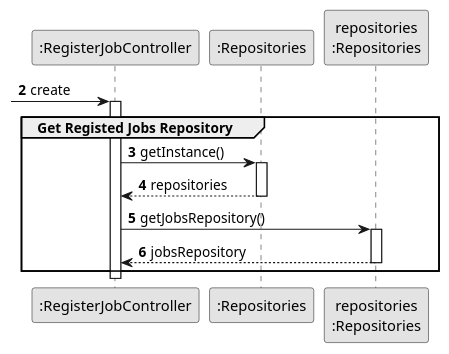
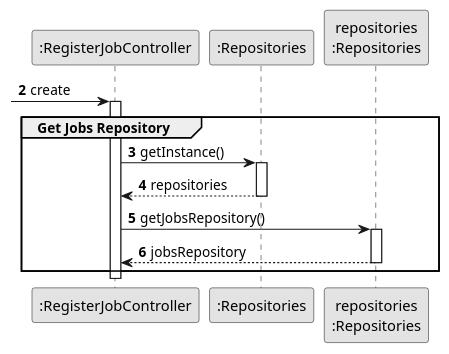
Before and after one commit to 1231360-ISEP/lei-24-s2-1db-g021: the diagram in docs/sprint2/us002/03.design/puml/us002-sequence-diagram-partial-get-jobs-repository.puml, drawn with PlantUML. The commit also changed 11 other files, not shown here.

Commit message:
US6 - update in general all diagrams including split diagrams and rename some files

```diff
--- a/docs/sprint2/us002/03.design/puml/us002-sequence-diagram-partial-get-jobs-repository.puml
+++ b/docs/sprint2/us002/03.design/puml/us002-sequence-diagram-partial-get-jobs-repository.puml
@@ -1,34 +1,34 @@
 @startuml
 skinparam monochrome true
 skinparam packageStyle rectangle
 skinparam shadowing false
 
 autonumber
 
 participant ":RegisterJobController" as CTRL
 participant ":Repositories" as RepositorySingleton
 participant "repositories\n:Repositories" as PLAT
 
 autonumber 2
 
  -> CTRL : create
 activate CTRL
-    group Get Registed Jobs Repository
+    group Get Jobs Repository
 
             CTRL -> RepositorySingleton : getInstance()
             activate RepositorySingleton
 
                 RepositorySingleton --> CTRL: repositories
             deactivate RepositorySingleton
 
             CTRL -> PLAT : getJobsRepository()
             activate PLAT
 
                 PLAT --> CTRL: jobsRepository
             deactivate PLAT
 
     end
 deactivate CTRL
 
 
 @enduml
```
